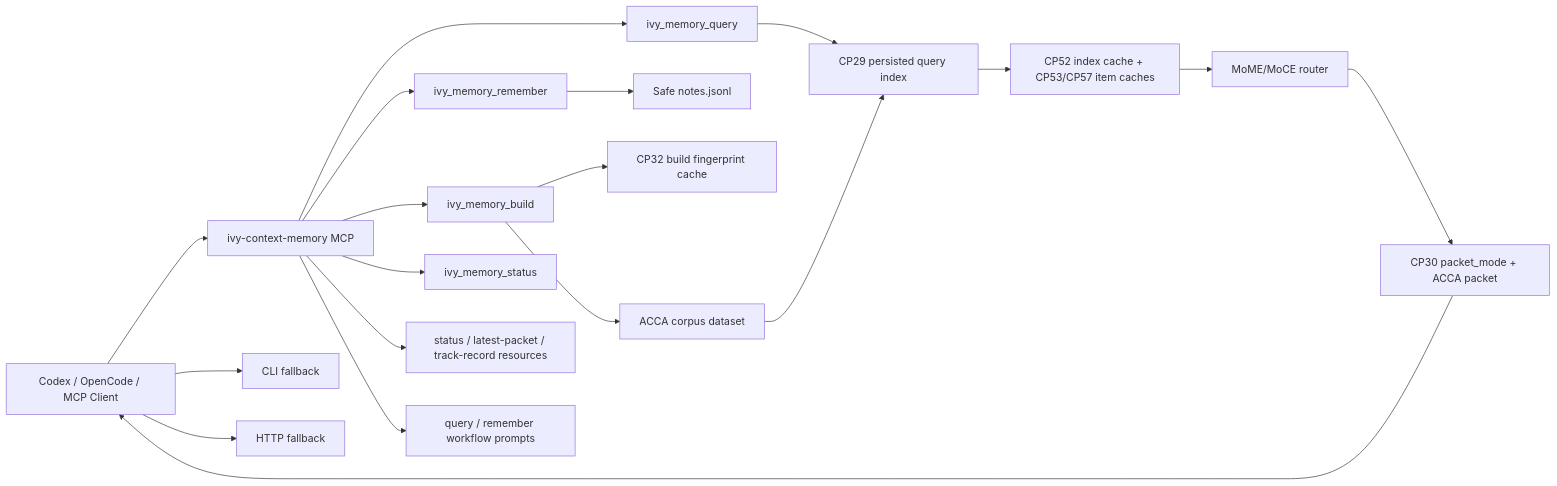
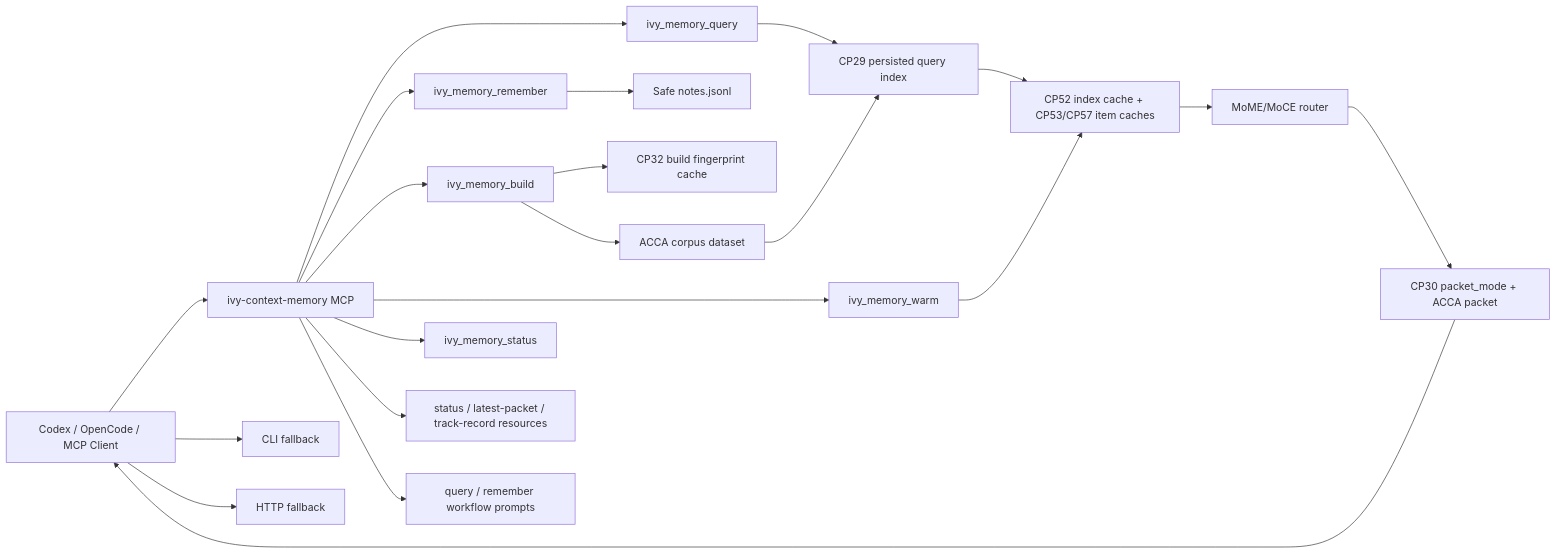
Before and after one commit to arahe-dev/ivy: the diagram in MoME-MoCE-Exp/docs/PLUGIN_SUPERCHARGE_TRACK_RECORD_2026-05-11.md, drawn with Mermaid. The commit also changed other lines of this file and 1 other file, not shown here.

````diff
--- a/MoME-MoCE-Exp/docs/PLUGIN_SUPERCHARGE_TRACK_RECORD_2026-05-11.md
+++ b/MoME-MoCE-Exp/docs/PLUGIN_SUPERCHARGE_TRACK_RECORD_2026-05-11.md
@@ -163,23 +179,25 @@
 ```mermaid
 flowchart LR
   Agent["Codex / OpenCode / MCP Client"] --> MCP["ivy-context-memory MCP"]
   Agent --> CLI["CLI fallback"]
   Agent --> HTTP["HTTP fallback"]
 
   MCP --> Query["ivy_memory_query"]
   MCP --> Remember["ivy_memory_remember"]
   MCP --> Build["ivy_memory_build"]
+  MCP --> Warm["ivy_memory_warm"]
   MCP --> Status["ivy_memory_status"]
   MCP --> Resources["status / latest-packet / track-record resources"]
   MCP --> Prompts["query / remember workflow prompts"]
 
   Remember --> Notes["Safe notes.jsonl"]
   Build --> Cache["CP32 build fingerprint cache"]
   Build --> Corpus["ACCA corpus dataset"]
   Corpus --> Index["CP29 persisted query index"]
   Index --> HotCache["CP52 index cache + CP53/CP57 item caches"]
+  Warm --> HotCache
   Query --> Index
   HotCache --> Router["MoME/MoCE router"]
   Router --> Packet["CP30 packet_mode + ACCA packet"]
   Packet --> Agent
 ```
````
